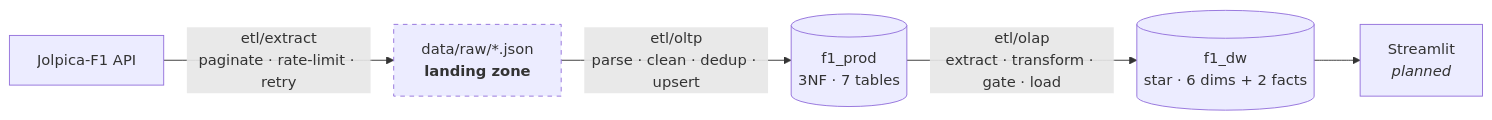
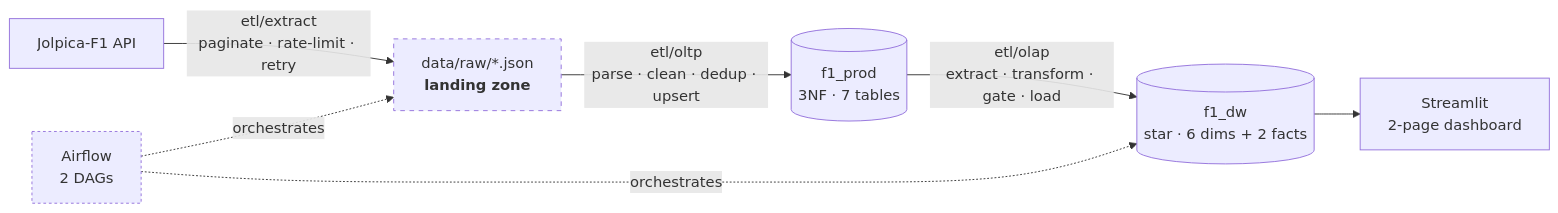
The first of 3 diagrams in README.md (sworaj42/f1-data-warehouse), drawn with Mermaid before and after one commit.

Commit message:
Show the dashboard and Airflow in the architecture diagram

````diff
--- a/README.md
+++ b/README.md
@@ -39,15 +39,18 @@
 ```mermaid
 flowchart LR
     API["Jolpica-F1 API"]
     RAW["data/raw/*.json<br/><b>landing zone</b>"]
     PROD[("f1_prod<br/>3NF · 7 tables")]
     DW[("f1_dw<br/>star · 6 dims + 2 facts")]
-    DASH["Streamlit<br/><i>planned</i>"]
+    DASH["Streamlit<br/>2-page dashboard"]
 
     API -->|"etl/extract<br/>paginate · rate-limit · retry"| RAW
     RAW -->|"etl/oltp<br/>parse · clean · dedup · upsert"| PROD
     PROD -->|"etl/olap<br/>extract · transform · gate · load"| DW
     DW --> DASH
+    AF["Airflow<br/>2 DAGs"] -.->|orchestrates| RAW
+    AF -.->|orchestrates| DW
 
     style RAW stroke-dasharray: 5 5
+    style AF stroke-dasharray: 3 3
 ```
````
